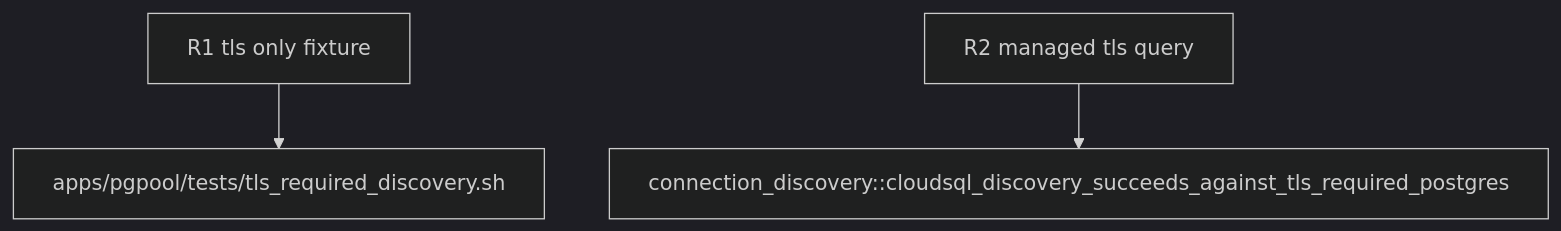
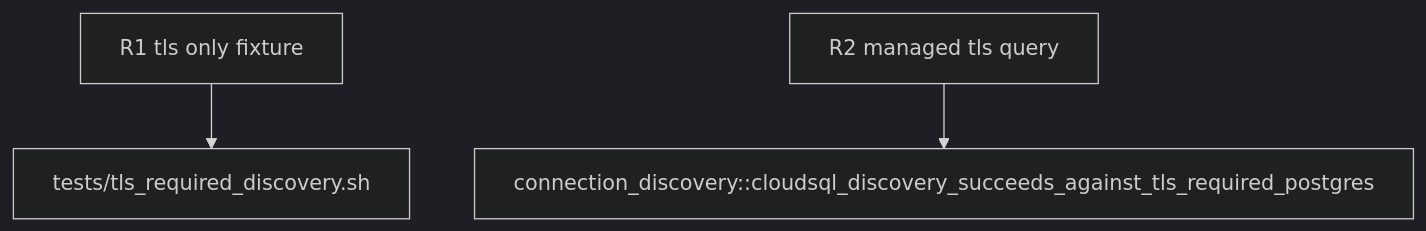
One commit to faberline/pgpool changed the second of 3 diagrams in tech-design/logic/prove-managed-discovery-against-tls-required-postgresql.md. Above: the diagram before and after it, drawn with Mermaid (dark theme). The commit also changed other lines of this file and 120 other files, not shown here.

````diff
--- a/tech-design/logic/prove-managed-discovery-against-tls-required-postgresql.md
+++ b/tech-design/logic/prove-managed-discovery-against-tls-required-postgresql.md
@@ -51,21 +51,21 @@
 ```mermaid
 ---
 id: pgpool-managed-discovery-tls-required-proof-contract-verification
 requirements:
   managed_tls_query:
     id: R2
     text: "Configured CA material lets CloudSql discovery complete its runtime facts query over an actual Rustls PostgreSQL connection."
     kind: integration
     risk: high
     verify: connection_discovery::cloudsql_discovery_succeeds_against_tls_required_postgres
   tls_only_fixture:
     id: R1
     text: "The Docker fixture enforces hostssl-only access and rejects a deliberately plaintext PostgreSQL client before running discovery."
     kind: integration
     risk: high
-    verify: apps/pgpool/tests/tls_required_discovery.sh
+    verify: tests/tls_required_discovery.sh
 ---
 flowchart TD
-    r1[R1 tls only fixture] --> apps_pgpool_tests_tls_required_discovery_sh[apps/pgpool/tests/tls_required_discovery.sh]
+    r1[R1 tls only fixture] --> apps_pgpool_tests_tls_required_discovery_sh[tests/tls_required_discovery.sh]
     r2[R2 managed tls query] --> connection_discovery_cloudsql_discovery_succeeds_against_tls_required_postgres[connection_discovery::cloudsql_discovery_succeeds_against_tls_required_postgres]
 ```
````
